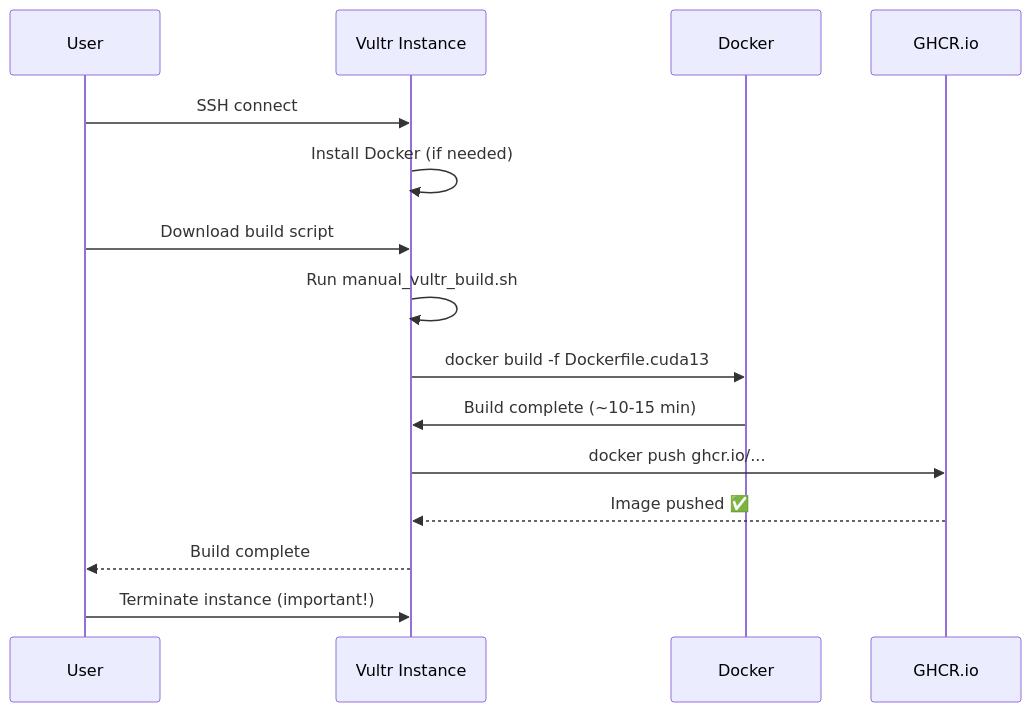
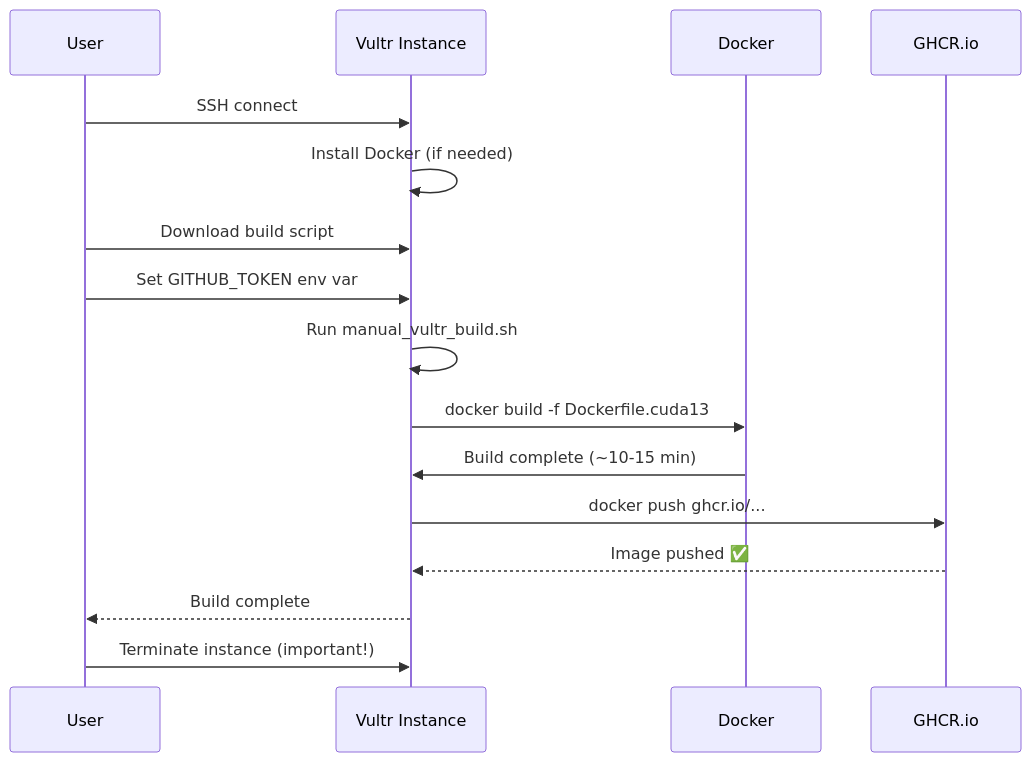
Before and after one commit to explicitcontextualunderstanding/IsaacSim: the second of 6 diagrams in docs/VULTR_BUILD_GUIDE.md, drawn with Mermaid. The commit also changed other lines of this file and 5 other files, not shown here.

````diff
--- a/docs/VULTR_BUILD_GUIDE.md
+++ b/docs/VULTR_BUILD_GUIDE.md
@@ -47,18 +49,19 @@
 ```mermaid
 sequenceDiagram
     participant U as User
     participant V as Vultr Instance
     participant D as Docker
     participant G as GHCR.io
 
     U->>V: SSH connect
     V->>V: Install Docker (if needed)
     U->>V: Download build script
+    U->>V: Set GITHUB_TOKEN env var
     V->>V: Run manual_vultr_build.sh
     V->>D: docker build -f Dockerfile.cuda13
     D->>V: Build complete (~10-15 min)
     V->>G: docker push ghcr.io/...
     G-->>V: Image pushed ✅
     V-->>U: Build complete
     U->>V: Terminate instance (important!)
 ```
````
